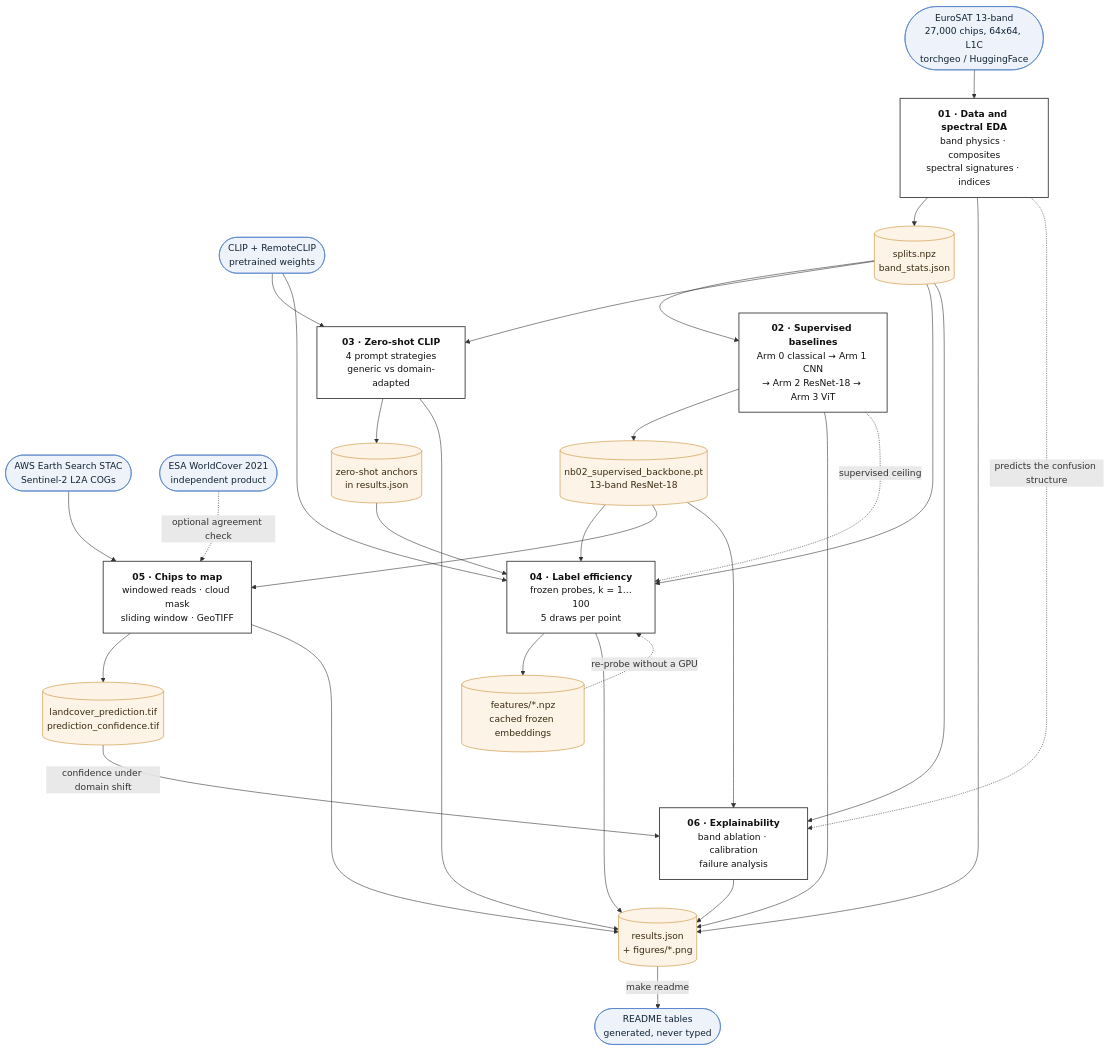
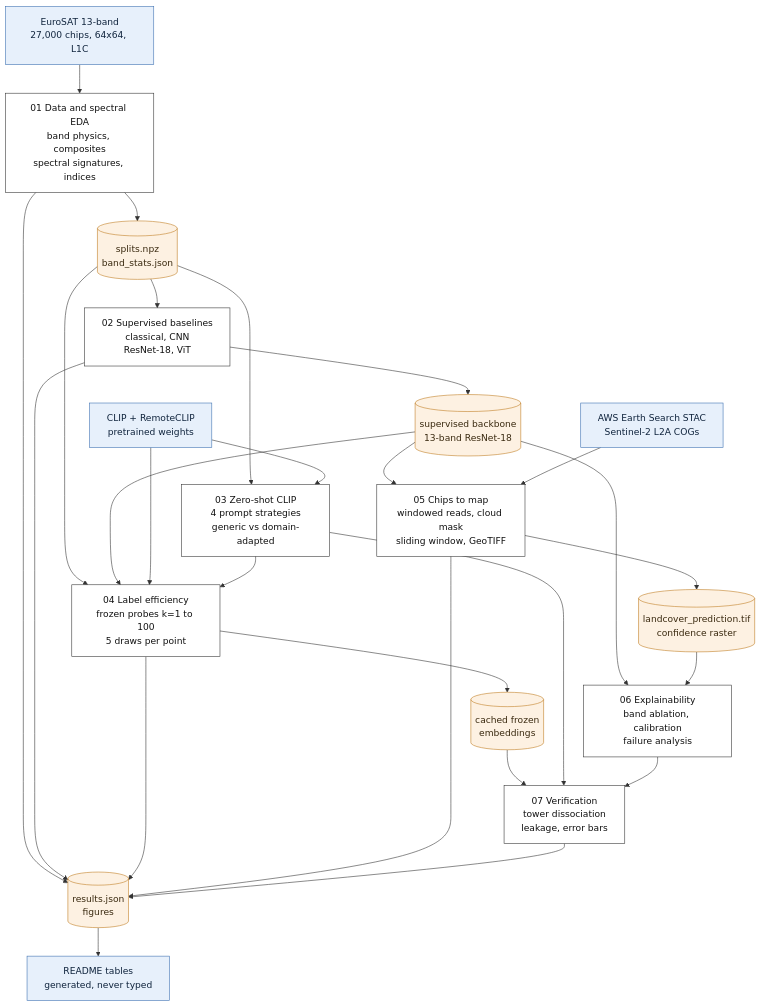
One commit to SaadH-077/sentinel2-landcover-mapping changed the diagram in README.md. Above: the diagram before and after it, drawn with Mermaid. The commit also changed other lines of this file and 12 other files, not shown here.

First line of the commit message:
Conclude the project: verification results, visual README, repo rename

````diff
--- a/README.md
+++ b/README.md
@@ -80,58 +297,53 @@
 ```mermaid
 flowchart TD
-    %% ---------- external data ----------
-    EUROSAT(["EuroSAT 13-band<br/>27,000 chips, 64x64, L1C<br/>torchgeo / HuggingFace"])
-    STACSRC(["AWS Earth Search STAC<br/>Sentinel-2 L2A COGs"])
-    CLIPW(["CLIP + RemoteCLIP<br/>pretrained weights"])
-    WC(["ESA WorldCover 2021<br/>independent product"])
+    EUROSAT[EuroSAT 13-band<br/>27,000 chips, 64x64, L1C]
+    STACSRC[AWS Earth Search STAC<br/>Sentinel-2 L2A COGs]
+    CLIPW[CLIP + RemoteCLIP<br/>pretrained weights]
 
-    %% ---------- notebooks ----------
-    NB1["<b>01 · Data and spectral EDA</b><br/>band physics · composites<br/>spectral signatures · indices"]
-    NB2["<b>02 · Supervised baselines</b><br/>Arm 0 classical → Arm 1 CNN<br/>→ Arm 2 ResNet-18 → Arm 3 ViT"]
-    NB3["<b>03 · Zero-shot CLIP</b><br/>4 prompt strategies<br/>generic vs domain-adapted"]
-    NB4["<b>04 · Label efficiency</b><br/>frozen probes, k = 1…100<br/>5 draws per point"]
-    NB5["<b>05 · Chips to map</b><br/>windowed reads · cloud mask<br/>sliding window · GeoTIFF"]
-    NB6["<b>06 · Explainability</b><br/>band ablation · calibration<br/>failure analysis"]
+    NB1[01 Data and spectral EDA<br/>band physics, composites<br/>spectral signatures, indices]
+    NB2[02 Supervised baselines<br/>classical, CNN<br/>ResNet-18, ViT]
+    NB3[03 Zero-shot CLIP<br/>4 prompt strategies<br/>generic vs domain-adapted]
+    NB4[04 Label efficiency<br/>frozen probes k=1 to 100<br/>5 draws per point]
+    NB5[05 Chips to map<br/>windowed reads, cloud mask<br/>sliding window, GeoTIFF]
+    NB6[06 Explainability<br/>band ablation, calibration<br/>failure analysis]
+    NB7[07 Verification<br/>tower dissociation<br/>leakage, error bars]
 
-    %% ---------- artefacts ----------
-    SPLITS[("splits.npz<br/>band_stats.json")]
-    CKPT[("nb02_supervised_backbone.pt<br/>13-band ResNet-18")]
-    ZS[("zero-shot anchors<br/>in results.json")]
-    FEATS[("features/*.npz<br/>cached frozen embeddings")]
-    TIF[("landcover_prediction.tif<br/>prediction_confidence.tif")]
-    RES[("results.json<br/>+ figures/*.png")]
+    SPLITS[(splits.npz<br/>band_stats.json)]
+    CKPT[(supervised backbone<br/>13-band ResNet-18)]
+    FEATS[(cached frozen<br/>embeddings)]
+    TIF[(landcover_prediction.tif<br/>confidence raster)]
+    RES[(results.json<br/>figures)]
 
-    %% ---------- flow ----------
     EUROSAT --> NB1
     NB1 --> SPLITS
-    SPLITS --> NB2 & NB3 & NB4 & NB6
-
+    SPLITS --> NB2
+    SPLITS --> NB3
+    SPLITS --> NB4
     NB2 --> CKPT
-    CKPT --> NB4 & NB5 & NB6
-
-    CLIPW --> NB3 & NB4
-    NB3 --> ZS
-    ZS --> NB4
-
+    CKPT --> NB4
+    CKPT --> NB5
+    CKPT --> NB6
+    CLIPW --> NB3
+    CLIPW --> NB4
+    NB3 --> NB4
     NB4 --> FEATS
-    FEATS -.->|re-probe without a GPU| NB4
-
+    FEATS --> NB7
     STACSRC --> NB5
     NB5 --> TIF
-    TIF -->|confidence under domain shift| NB6
-    WC -.->|optional agreement check| NB5
+    TIF --> NB6
+    NB3 --> NB7
+    NB6 --> NB7
+    NB1 --> RES
+    NB2 --> RES
+    NB4 --> RES
+    NB5 --> RES
+    NB7 --> RES
+    RES --> DOC[README tables<br/>generated, never typed]
 
-    NB1 & NB2 & NB3 & NB4 & NB5 & NB6 --> RES
-    RES -->|make readme| README(["README tables<br/>generated, never typed"])
-
-    %% ---------- the argument ----------
-    NB1 -. "predicts the confusion structure" .-> NB6
-    NB2 -. "supervised ceiling" .-> NB4
-
-    classDef source fill:#eef3fb,stroke:#4f7ec9,stroke-width:1px,color:#123
-    classDef book fill:#ffffff,stroke:#333,stroke-width:1.5px,color:#111
-    classDef file fill:#fdf3e7,stroke:#c98a2b,stroke-width:1px,color:#3a2a10
-    class EUROSAT,STACSRC,CLIPW,WC,README source
-    class NB1,NB2,NB3,NB4,NB5,NB6 book
-    class SPLITS,CKPT,ZS,FEATS,TIF,RES file
+    classDef src fill:#e7f0fb,stroke:#3b6fb0,color:#10243d
+    classDef book fill:#ffffff,stroke:#333333,color:#111111
+    classDef file fill:#fdf1e2,stroke:#c07d20,color:#3a2a10
+    class EUROSAT,STACSRC,CLIPW,DOC src
+    class NB1,NB2,NB3,NB4,NB5,NB6,NB7 book
+    class SPLITS,CKPT,FEATS,TIF,RES file
 ```
````
